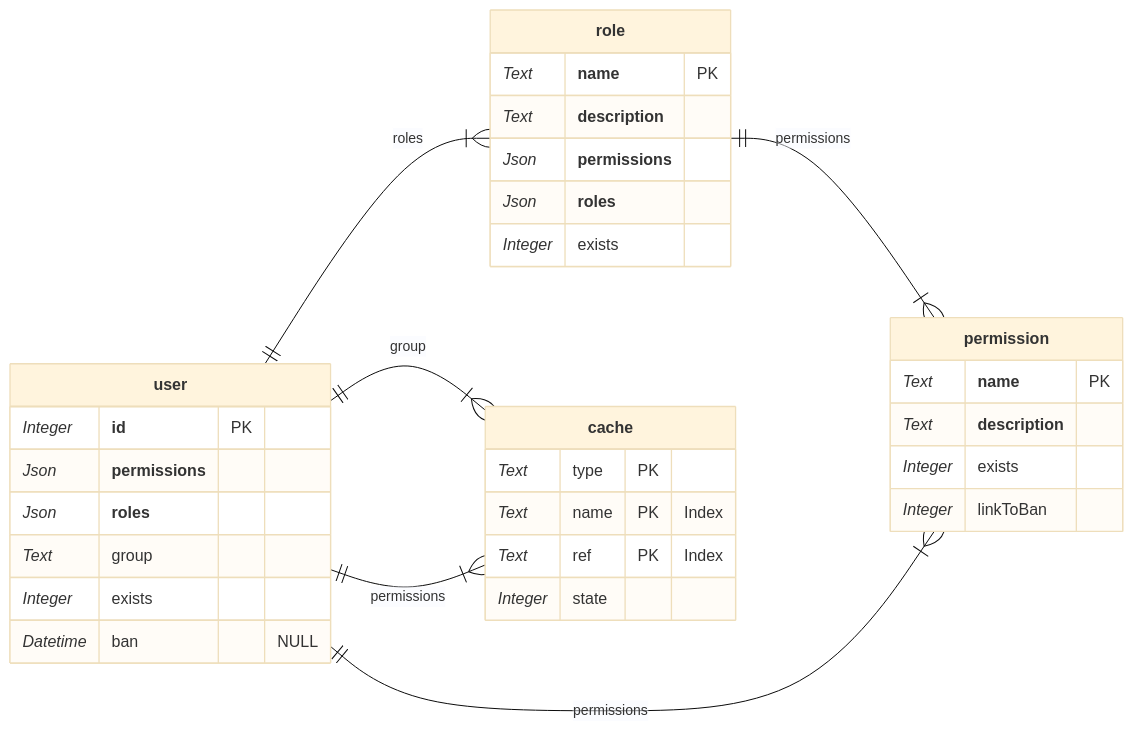
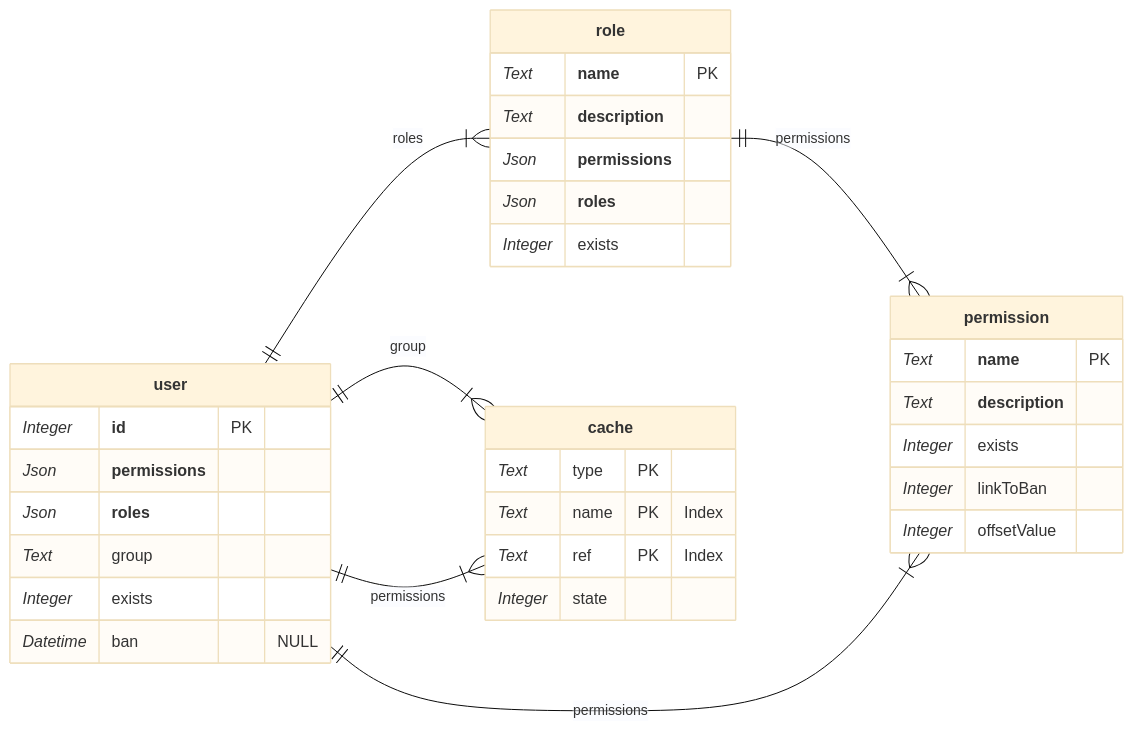
One commit to shasoft/rbac changed the diagram in docs/database.md. Above: the diagram before and after it, drawn with Mermaid (base theme). The commit also changed 1 other file, not shown here.

Commit message:
Доработал документацию

````diff
--- a/docs/database.md
+++ b/docs/database.md
@@ -3,41 +3,42 @@
 ```mermaid
 erDiagram
     direction LR
 
     user["**user**"] {
         *Integer* **id** PK
         *Json* **permissions**
         *Json* **roles**
         *Text* group
         *Integer* exists
         *Datetime* ban "NULL"
     }
 
     role["**role**"] {
         *Text* **name** PK
         *Text* **description**
         *Json* **permissions**
         *Json* **roles**
         *Integer* exists
     }
 
     permission["**permission**"] {
         *Text* **name** PK
         *Text* **description**
         *Integer* exists
         *Integer* linkToBan
+        *Integer* offsetValue
     }
 
     cache["**cache**"] {
         *Text* type PK
         *Text* name PK "Index"
         *Text* ref PK "Index"
         *Integer* state
     }
 
     role 1--1+ permission : "permissions"
     user 1--1+ role : "roles"
     user 1--1+ permission : "permissions"
     user 1--1+ cache : "group"
     user 1--1+ cache : "permissions"
 ```
````
